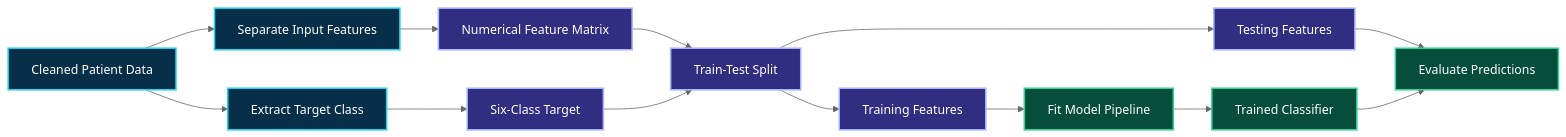
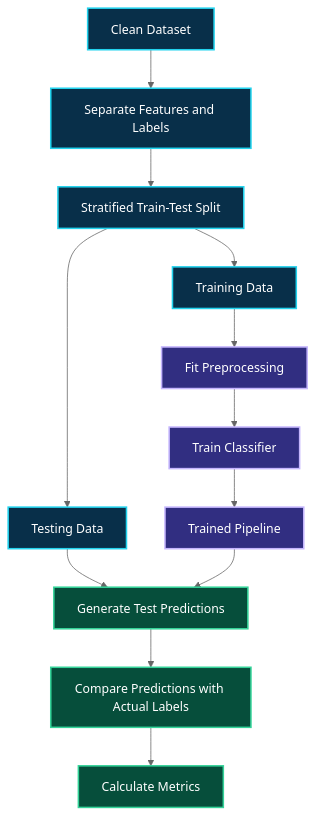
Before and after one commit to govardhan-goud123/Detecting_the_type_of_skin_disorder: the second of 4 diagrams in README.md, drawn with Mermaid (neutral theme). The commit also changed other lines of this file, not shown here.

````diff
--- a/README.md
+++ b/README.md
@@ -381,29 +416,29 @@
 ```mermaid
-flowchart LR
+flowchart TD
 
-    A["Cleaned Patient Data"] --> B["Separate Input Features"]
-    A --> C["Extract Target Class"]
+    A["Clean Dataset"] --> B["Separate Features and Labels"]
 
-    B --> D["Numerical Feature Matrix"]
-    C --> E["Six-Class Target"]
+    B --> C["Stratified Train-Test Split"]
 
-    D --> F["Train-Test Split"]
-    E --> F
+    C --> D["Training Data"]
+    C --> E["Testing Data"]
 
-    F --> G["Training Features"]
-    F --> H["Testing Features"]
+    D --> F["Fit Preprocessing"]
+    F --> G["Train Classifier"]
 
-    G --> I["Fit Model Pipeline"]
-    H --> J["Evaluate Predictions"]
+    G --> H["Trained Pipeline"]
 
-    I --> K["Trained Classifier"]
-    K --> J
+    E --> I["Generate Test Predictions"]
+    H --> I
+
+    I --> J["Compare Predictions with Actual Labels"]
+    J --> K["Calculate Metrics"]
 
     classDef data fill:#082f49,stroke:#22d3ee,color:#ffffff,stroke-width:2px;
-    classDef transform fill:#312e81,stroke:#a5b4fc,color:#ffffff,stroke-width:2px;
-    classDef output fill:#064e3b,stroke:#34d399,color:#ffffff,stroke-width:2px;
+    classDef training fill:#312e81,stroke:#c4b5fd,color:#ffffff,stroke-width:2px;
+    classDef evaluation fill:#064e3b,stroke:#34d399,color:#ffffff,stroke-width:2px;
 
-    class A,B,C data;
-    class D,E,F,G,H transform;
-    class I,J,K output;
+    class A,B,C,D,E data;
+    class F,G,H training;
+    class I,J,K evaluation;
 ```
````
